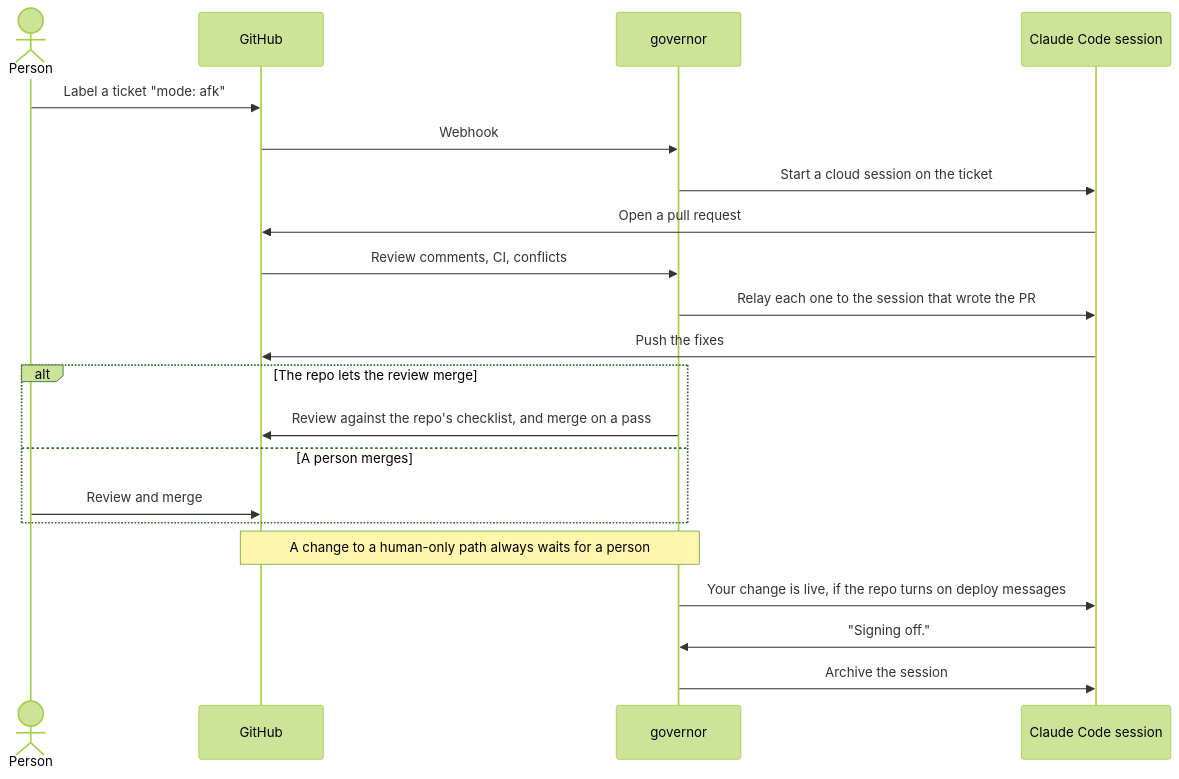
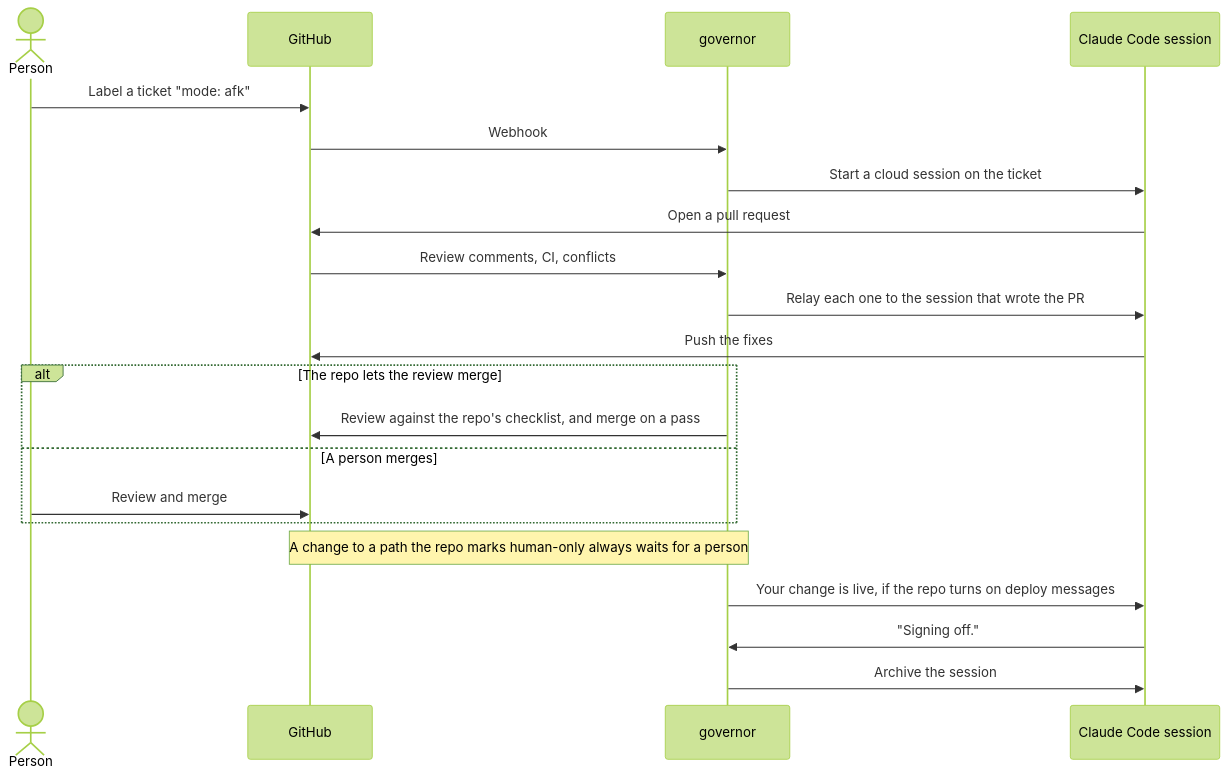
One commit to t-d-d/gh-governor changed the first of 2 diagrams in README.md. Above: the diagram before and after it, drawn with Mermaid (forest theme). The commit also changed other lines of this file, not shown here.

````diff
--- a/README.md
+++ b/README.md
@@ -47,23 +47,23 @@
 ```mermaid
 sequenceDiagram
     actor P as Person
     participant GH as GitHub
     participant G as governor
     participant S as Claude Code session
     P->>GH: Label a ticket "mode: afk"
     GH->>G: Webhook
     G->>S: Start a cloud session on the ticket
     S->>GH: Open a pull request
     GH->>G: Review comments, CI, conflicts
     G->>S: Relay each one to the session that wrote the PR
     S->>GH: Push the fixes
     alt The repo lets the review merge
         G->>GH: Review against the repo's checklist, and merge on a pass
     else A person merges
         P->>GH: Review and merge
     end
-    Note over G,GH: A change to a human-only path always waits for a person
+    Note over G,GH: A change to a path the repo marks human-only always waits for a person
     G->>S: Your change is live, if the repo turns on deploy messages
     S->>G: "Signing off."
     G->>S: Archive the session
 ```
````
